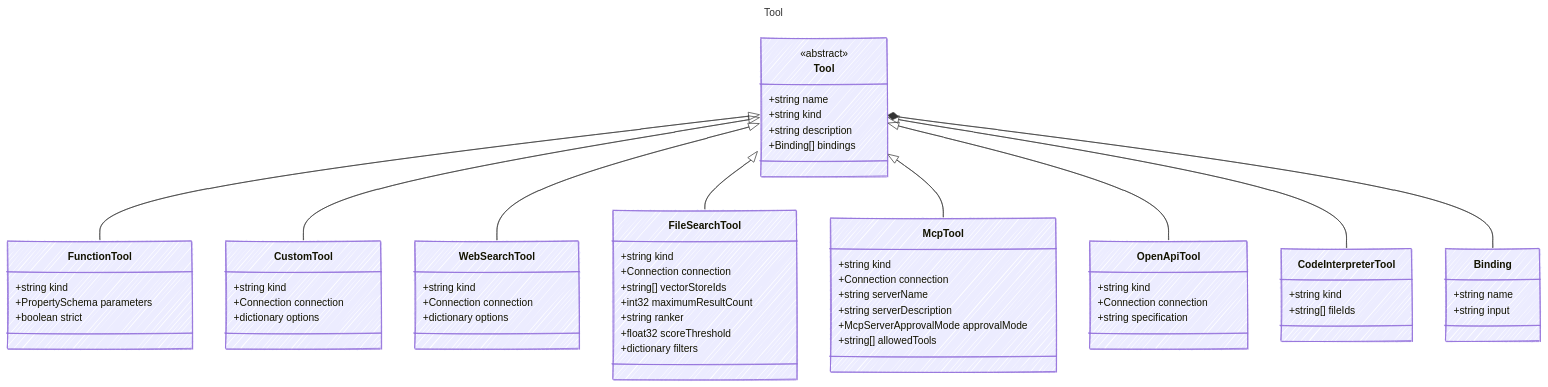
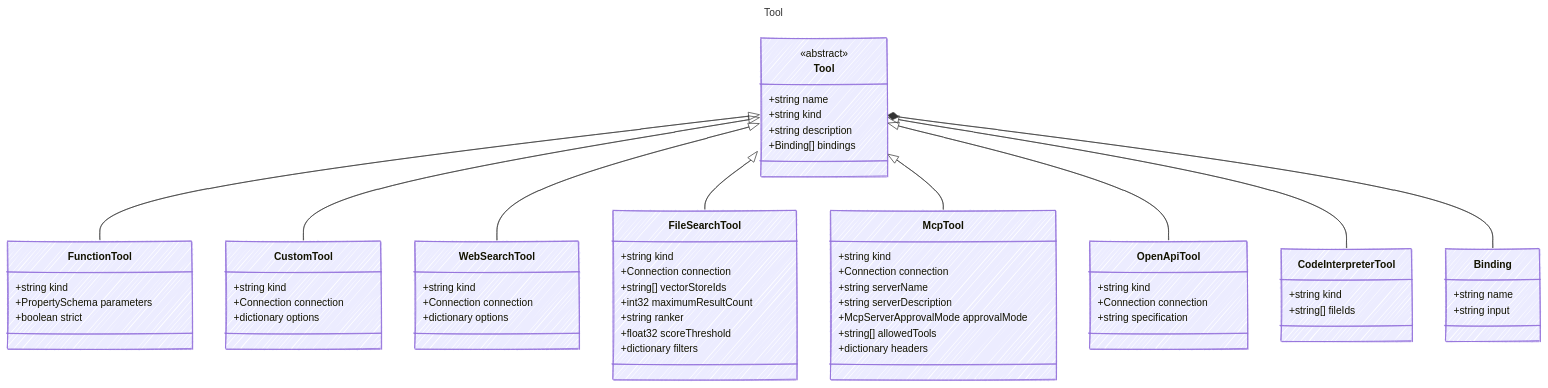
One commit to microsoft/AgentSchema changed the diagram in docs/src/content/docs/reference/Tool.md. Above: the diagram before and after it, drawn with Mermaid. The commit also changed 77 other files, not shown here.

````diff
--- a/docs/src/content/docs/reference/Tool.md
+++ b/docs/src/content/docs/reference/Tool.md
@@ -11,71 +11,72 @@
 ```mermaid
 ---
 title: Tool
 config:
   look: handDrawn
   theme: colorful
   class:
     hideEmptyMembersBox: true
 ---
 classDiagram
     class Tool {
       <<abstract>>
         +string name
         +string kind
         +string description
         +Binding[] bindings
     }
     class FunctionTool {
         +string kind
         +PropertySchema parameters
         +boolean strict
     }
     Tool <|-- FunctionTool
     class CustomTool {
         +string kind
         +Connection connection
         +dictionary options
     }
     Tool <|-- CustomTool
     class WebSearchTool {
         +string kind
         +Connection connection
         +dictionary options
     }
     Tool <|-- WebSearchTool
     class FileSearchTool {
         +string kind
         +Connection connection
         +string[] vectorStoreIds
         +int32 maximumResultCount
         +string ranker
         +float32 scoreThreshold
         +dictionary filters
     }
     Tool <|-- FileSearchTool
     class McpTool {
         +string kind
         +Connection connection
         +string serverName
         +string serverDescription
         +McpServerApprovalMode approvalMode
         +string[] allowedTools
+        +dictionary headers
     }
     Tool <|-- McpTool
     class OpenApiTool {
         +string kind
         +Connection connection
         +string specification
     }
     Tool <|-- OpenApiTool
     class CodeInterpreterTool {
         +string kind
         +string[] fileIds
     }
     Tool <|-- CodeInterpreterTool
     class Binding {
         +string name
         +string input
     }
     Tool *-- Binding
 ```
````
